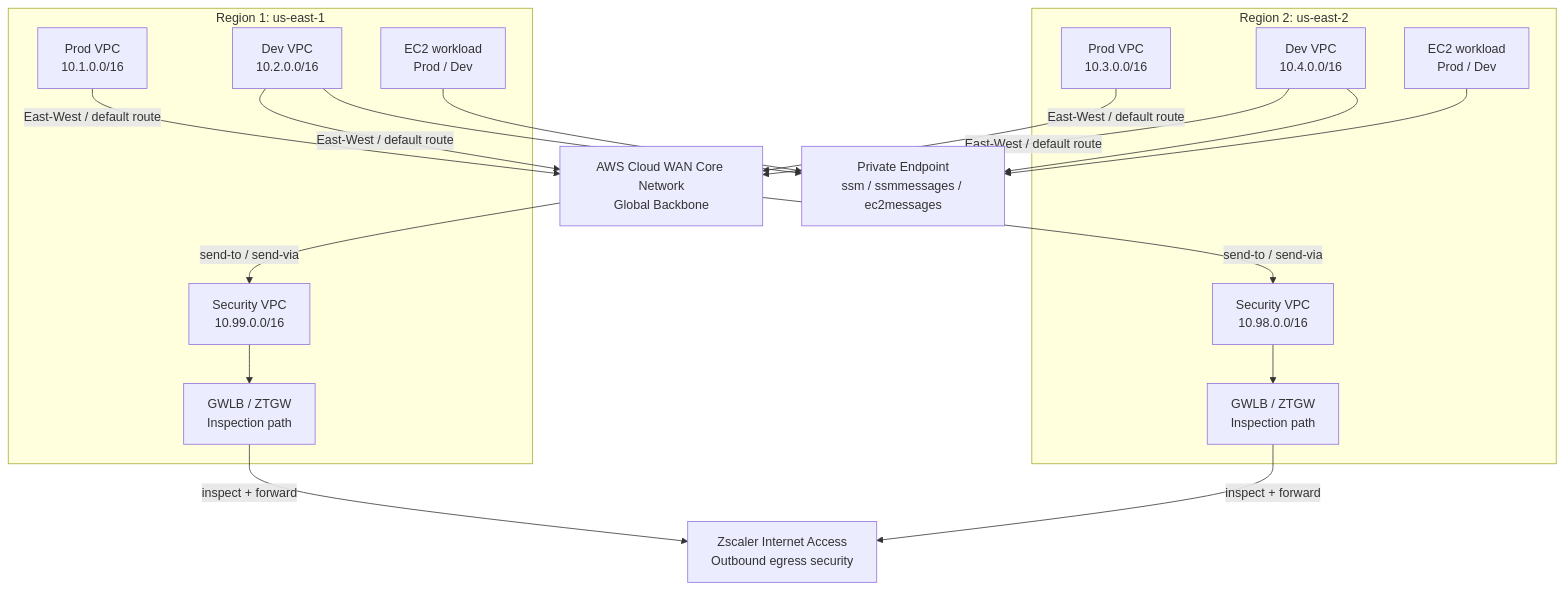
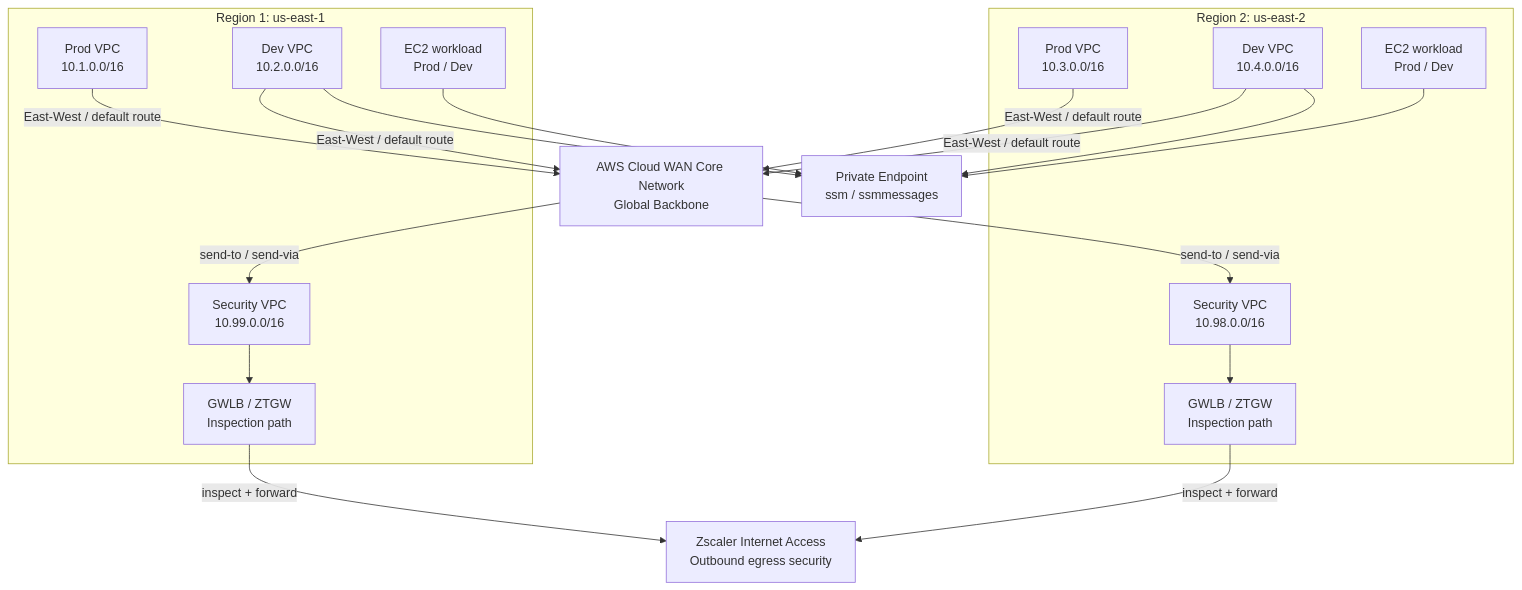
The second of 2 diagrams in README.md (davidglading/aws-cloud-wan-ztgw), drawn with Mermaid before and after one commit. The commit also changed other lines of this file and 12 other files, not shown here.

````diff
--- a/README.md
+++ b/README.md
@@ -259,40 +381,40 @@
 ```mermaid
 flowchart TB
     subgraph Region1["Region 1: us-east-1"]
         P1["Prod VPC\n10.1.0.0/16"]
         D1["Dev VPC\n10.2.0.0/16"]
         S1["Security VPC\n10.99.0.0/16"]
         G1["GWLB / ZTGW\nInspection path"]
         E1["EC2 workload\nProd / Dev"]
     end
 
     subgraph Region2["Region 2: us-east-2"]
         P2["Prod VPC\n10.3.0.0/16"]
         D2["Dev VPC\n10.4.0.0/16"]
         S2["Security VPC\n10.98.0.0/16"]
         G2["GWLB / ZTGW\nInspection path"]
         E2["EC2 workload\nProd / Dev"]
     end
 
     CW["AWS Cloud WAN Core Network\nGlobal Backbone"]
     ZIA["Zscaler Internet Access\nOutbound egress security"]
-    VPE["Private Endpoint\nssm / ssmmessages / ec2messages"]
+    VPE["Private Endpoint\nssm / ssmmessages"]
 
     P1 -->|East-West / default route| CW
     D1 -->|East-West / default route| CW
     P2 -->|East-West / default route| CW
     D2 -->|East-West / default route| CW
 
     CW -->|send-to / send-via| S1
     CW -->|send-to / send-via| S2
 
     S1 --> G1
     G1 -->|inspect + forward| ZIA
     S2 --> G2
     G2 -->|inspect + forward| ZIA
 
     E1 --> VPE
     D1 --> VPE
     E2 --> VPE
     D2 --> VPE
 ```
````
